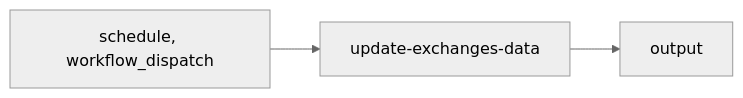
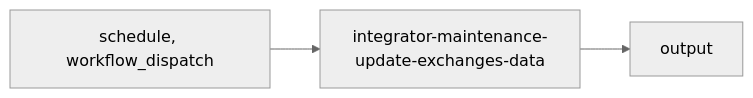
One commit to livepeer/docs changed the diagram in .github/workspace/actions-library/integrators/maintenance/integrator-maintenance-update-exchanges-data.mdx. Above: the diagram before and after it, drawn with Mermaid (neutral theme). The commit also changed other lines of this file and 2753 other files, not shown here.

````diff
--- a/.github/workspace/actions-library/integrators/maintenance/integrator-maintenance-update-exchanges-data.mdx
+++ b/.github/workspace/actions-library/integrators/maintenance/integrator-maintenance-update-exchanges-data.mdx
@@ -43,5 +43,5 @@
 ```mermaid
 graph LR
-    TRIGGER["schedule, workflow_dispatch"] --> WF["update-exchanges-data"]
+    TRIGGER["schedule, workflow_dispatch"] --> WF["integrator-maintenance-update-exchanges-data"]
     WF --> OUTPUT["output"]
 ```
````
